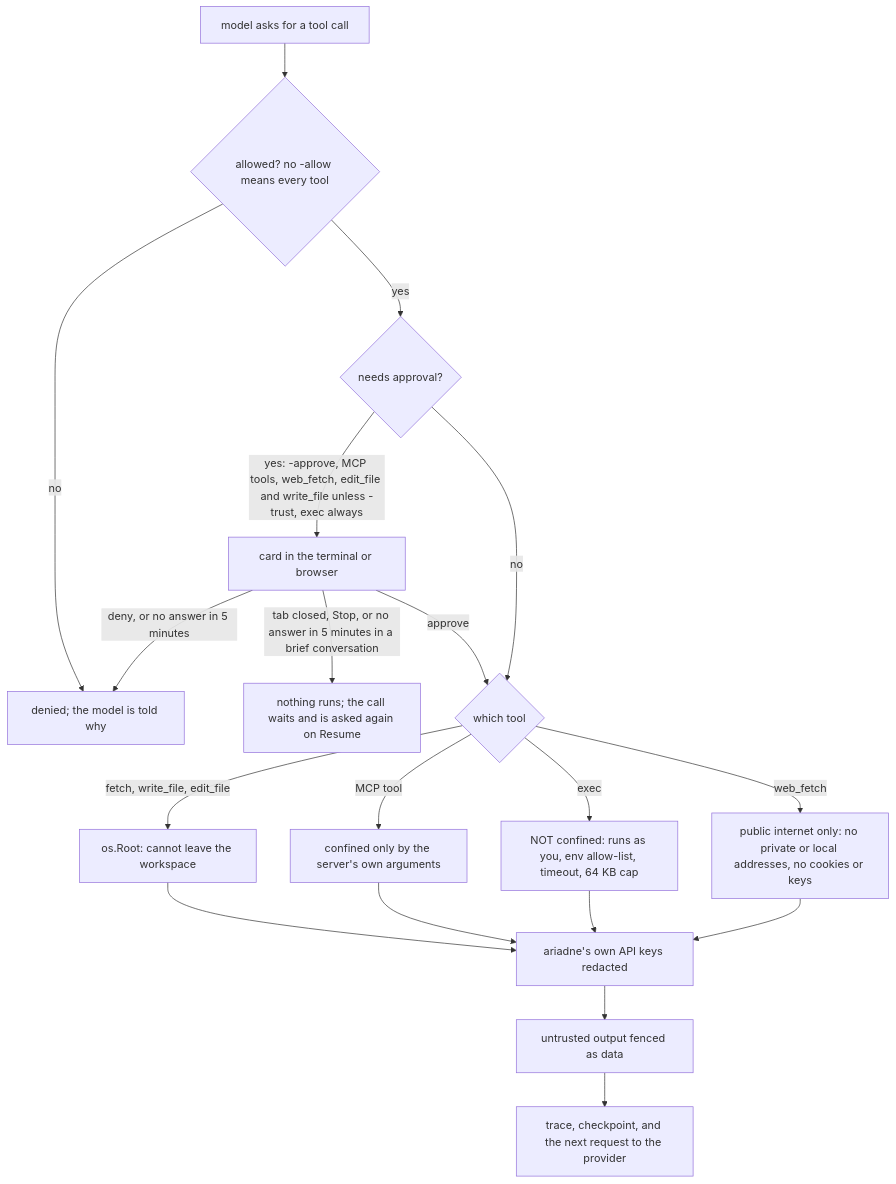
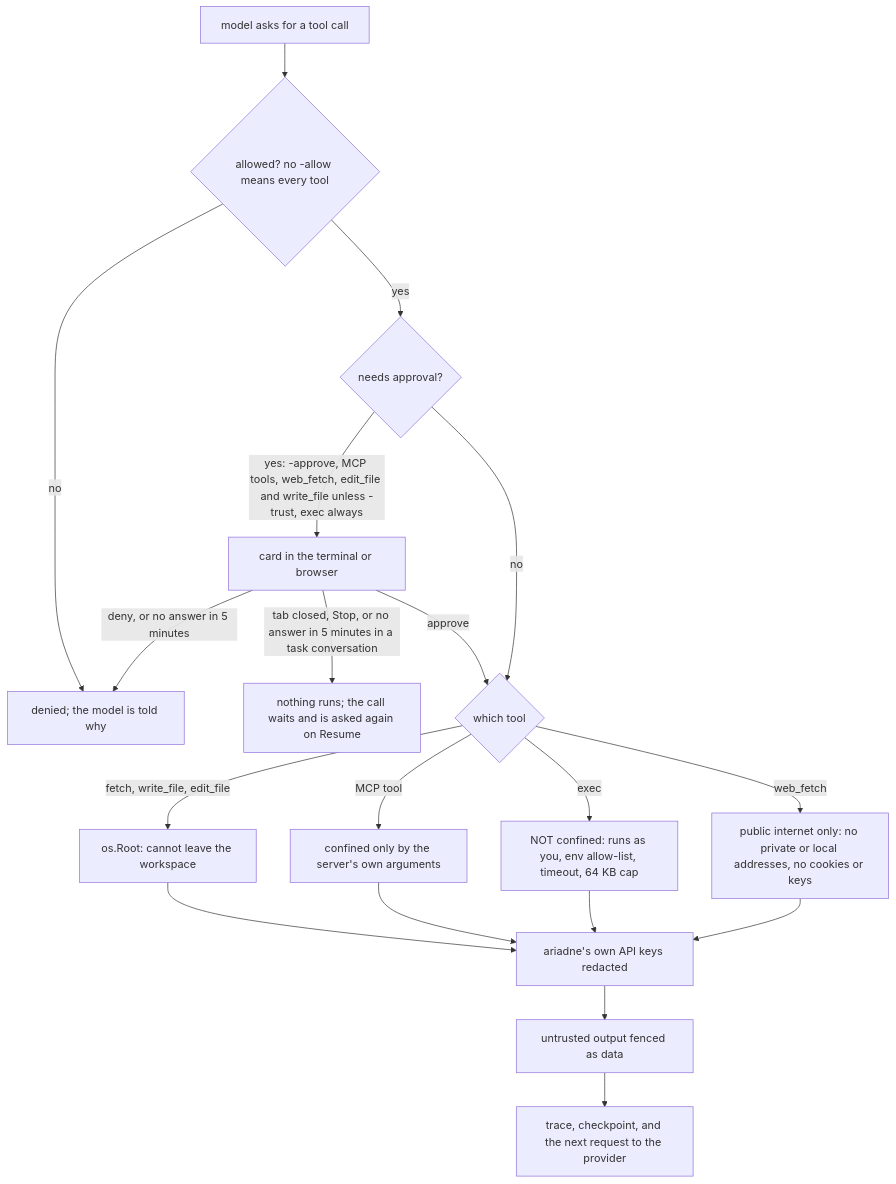
Before and after one commit to ginko97/ariadne: the second of 2 diagrams in ARCHITECTURE.md, drawn with Mermaid. The commit also changed other lines of this file and 35 other files, not shown here.

````diff
--- a/ARCHITECTURE.md
+++ b/ARCHITECTURE.md
@@ -250,21 +250,21 @@
 ```mermaid
 flowchart TD
     M["model asks for a tool call"] --> A{"allowed? no -allow means every tool"}
     A -- no --> D["denied; the model is told why"]
     A -- yes --> G{"needs approval?"}
     G -- "yes: -approve, MCP tools, web_fetch, edit_file and write_file unless -trust, exec always" --> P["card in the terminal or browser"]
     P -- "deny, or no answer in 5 minutes" --> D
-    P -- "tab closed, Stop, or no answer in 5 minutes in a brief conversation" --> WAIT["nothing runs; the call waits and is asked again on Resume"]
+    P -- "tab closed, Stop, or no answer in 5 minutes in a task conversation" --> WAIT["nothing runs; the call waits and is asked again on Resume"]
     P -- approve --> T{"which tool"}
     G -- no --> T
     T -- "fetch, write_file, edit_file" --> R["os.Root: cannot leave the workspace"]
     T -- "MCP tool" --> S["confined only by the server's own arguments"]
     T -- exec --> X["NOT confined: runs as you, env allow-list, timeout, 64 KB cap"]
     T -- web_fetch --> W["public internet only: no private or local addresses, no cookies or keys"]
     R --> RD["ariadne's own API keys redacted"]
     S --> RD
     X --> RD
     W --> RD
     RD --> F["untrusted output fenced as data"]
     F --> OUT["trace, checkpoint, and the next request to the provider"]
 ```
````
